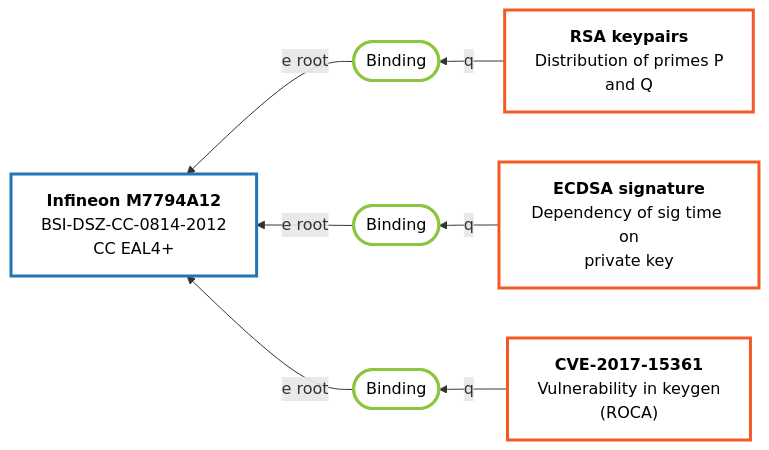
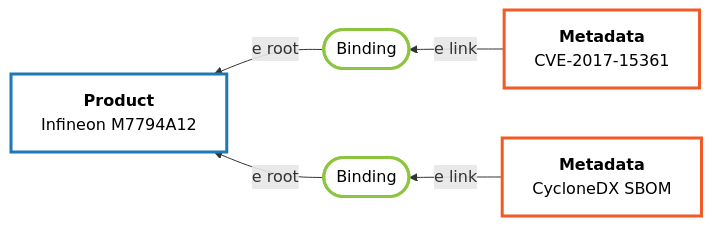
Before and after one commit to crocs-muni/scrutiny-fabric: the diagram in docs/protocol-spec.md, drawn with Mermaid. The commit also changed other lines of this file and 258 other files, not shown here.

````diff
--- a/docs/protocol-spec.md
+++ b/docs/protocol-spec.md
@@ -26,27 +170,18 @@
 ```mermaid
 graph RL
-    %% Define Nodes
-    P[<b>Infineon M7794A12</b><br/>BSI-DSZ-CC-0814-2012<br/>CC EAL4+]:::product
-    
+    P[<b>Product</b><br/>Infineon M7794A12]:::product
+    M1[<b>Metadata</b><br/>CVE-2017-15361]:::metadata
+    M2[<b>Metadata</b><br/>CycloneDX SBOM]:::metadata
+
     B1([Binding]):::binding
     B2([Binding]):::binding
-    B3([Binding]):::binding
-    
-    M1[<b>RSA keypairs</b><br/>Distribution of primes P<br/>and Q]:::metadata
-    M2[<b>ECDSA signature</b><br/>Dependency of sig time on<br/>private key]:::metadata
-    M3[<b>CVE-2017-15361</b><br/>Vulnerability in keygen<br/>&lpar;ROCA&rpar;]:::metadata
 
-    %% Connections
     B1 -->|e root| P
     B2 -->|e root| P
-    B3 -->|e root| P
-    
-    M1 -->|q| B1
-    M2 -->|q| B2
-    M3 -->|q| B3
+    M1 -->|e link| B1
+    M2 -->|e link| B2
 
-    %% Styling
     classDef product fill:#fff,stroke:#1f77b4,stroke-width:3px,color:#000
     classDef binding fill:#fff,stroke:#8cc63f,stroke-width:3px,color:#000
     classDef metadata fill:#fff,stroke:#f15a24,stroke-width:3px,color:#000
 ```
````
